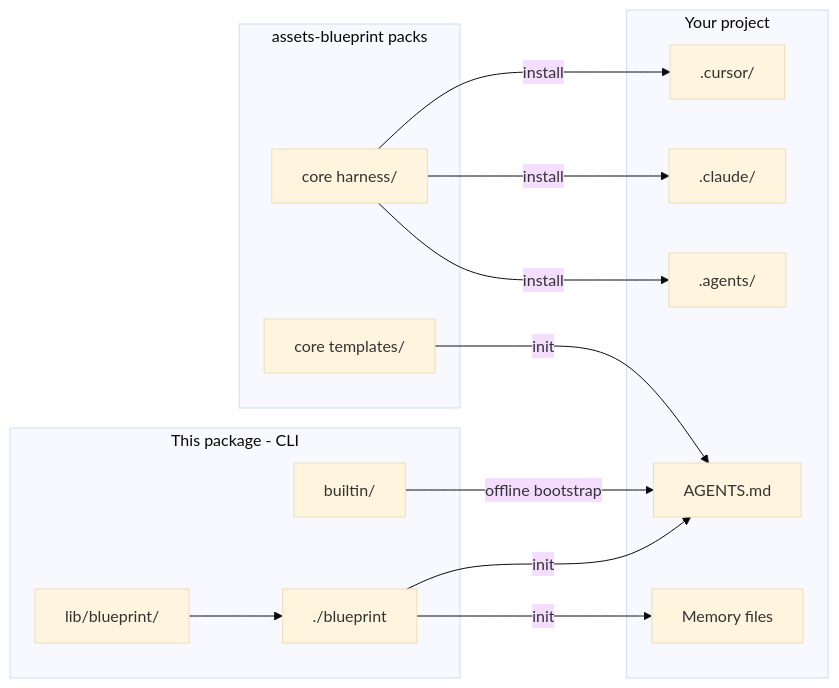
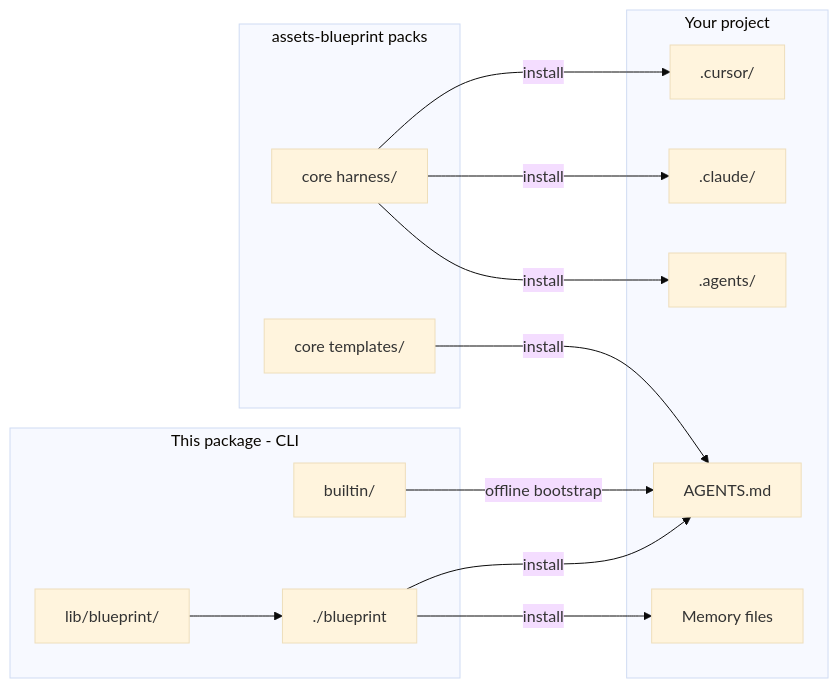
The second of 2 diagrams in README.md (krerapus/agent-harness-blueprint), drawn with Mermaid (base theme) before and after one commit. The commit also changed other lines of this file and 33 other files, not shown here.

````diff
--- a/README.md
+++ b/README.md
@@ -56,30 +56,30 @@
 ```mermaid
 flowchart LR
   subgraph package [This package - CLI]
     builtin[builtin/]
     cli[./blueprint]
     lib[lib/blueprint/]
   end
 
   subgraph packs [assets-blueprint packs]
     harness[core harness/]
     entry[core templates/]
   end
 
   subgraph consumer [Your project]
     agents[AGENTS.md]
     cursor[".cursor/"]
     claude[".claude/"]
     agentsRt[".agents/"]
     memory[Memory files]
   end
 
-  cli -->|init| agents
-  cli -->|init| memory
+  cli -->|install| agents
+  cli -->|install| memory
   builtin -->|offline bootstrap| agents
-  entry -->|init| agents
+  entry -->|install| agents
   harness -->|install| cursor
   harness -->|install| claude
   harness -->|install| agentsRt
   lib --> cli
 ```
````
